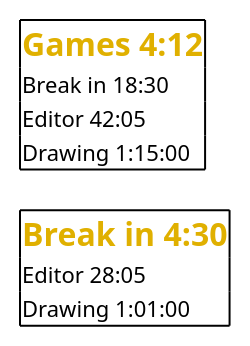
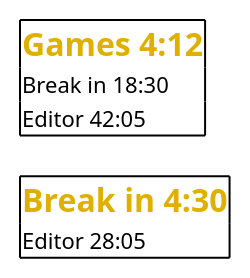
The second of 6 diagrams in 02_Implementation/docs/requirements/user-stories/US-010/user-story.md (adlemich/EagleEye), drawn with PlantUML before and after one commit. The commit also changed other lines of this file and 1 other file, not shown here.

````diff
--- a/02_Implementation/docs/requirements/user-stories/US-010/user-story.md
+++ b/02_Implementation/docs/requirements/user-stories/US-010/user-story.md
@@ -220,18 +235,16 @@
 ```plantuml
 @startsalt
 {
   {+
     <size:16><color:#E0B000><b>Games 4:12</color>
     <size:11>Break in 18:30
     <size:11>Editor 42:05
-    <size:11>Drawing 1:15:00
   }
   .
   {+
     <size:16><color:#E0B000><b>Break in 4:30</color>
     <size:11>Editor 28:05
-    <size:11>Drawing 1:01:00
   }
 }
 @endsalt
 ```
````
